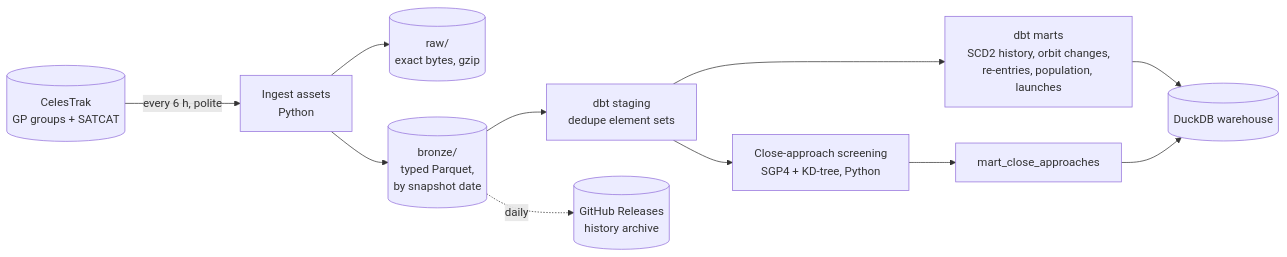
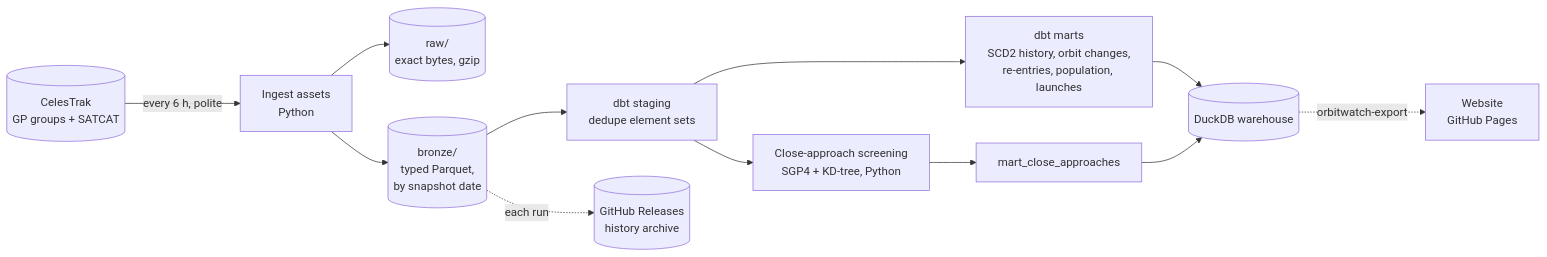
Before and after one commit to smymuna/orbitwatch: the diagram in README.md, drawn with Mermaid. The commit also changed other lines of this file and 9 other files, not shown here.

````diff
--- a/README.md
+++ b/README.md
@@ -43,13 +48,14 @@
 ```mermaid
 flowchart LR
     CT[(CelesTrak<br/>GP groups + SATCAT)] -->|every 6 h, polite| I[Ingest assets<br/>Python]
     I --> R[(raw/<br/>exact bytes, gzip)]
     I --> B[(bronze/<br/>typed Parquet,<br/>by snapshot date)]
     B --> S[dbt staging<br/>dedupe element sets]
     S --> M[dbt marts<br/>SCD2 history, orbit changes,<br/>re-entries, population, launches]
     S --> C[Close-approach screening<br/>SGP4 + KD-tree, Python]
     C --> M2[mart_close_approaches]
     M --> W[(DuckDB warehouse)]
     M2 --> W
-    B -.->|daily| GR[(GitHub Releases<br/>history archive)]
+    B -.->|each run| GR[(GitHub Releases<br/>history archive)]
+    W -.->|orbitwatch-export| WEB[Website<br/>GitHub Pages]
 ```
````
